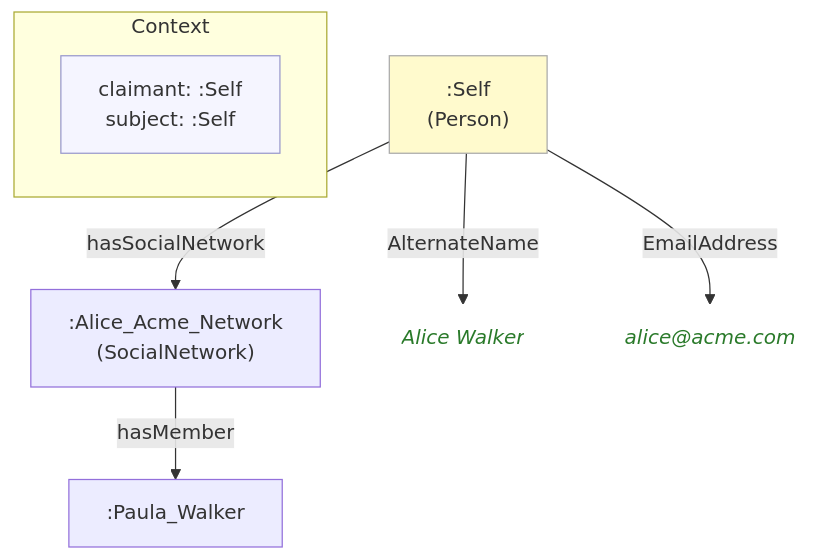
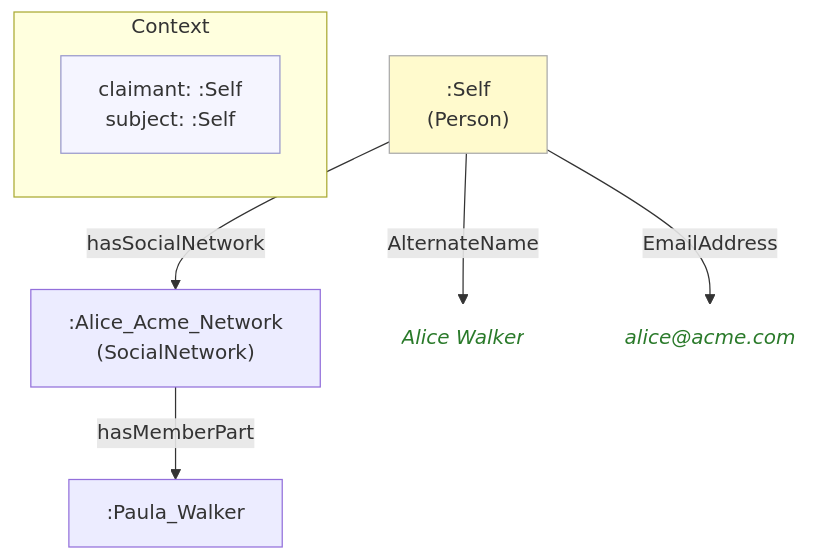
The diagram in example/contexts/images/self.self(paula-walker)(acme)(20).mmd (MeeFoundation/mia-ontologies), drawn with Mermaid before and after one commit. The commit also changed 331 other files, not shown here.

```diff
--- a/example/contexts/images/self.self(paula-walker)(acme)(20).mmd
+++ b/example/contexts/images/self.self(paula-walker)(acme)(20).mmd
@@ -1,22 +1,22 @@
 flowchart TD
     classDef person fill:#fffacd,stroke:#aaa,color:#333
     classDef grp    fill:#d4edda,stroke:#aaa,color:#333
     classDef org    fill:#cce5ff,stroke:#aaa,color:#333
     classDef lit    fill:none,stroke:none,font-style:italic,color:#2a7a2a
     classDef meta   fill:#f5f5ff,stroke:#9999cc,color:#333
 
     subgraph ctx["Context"]
         direction LR
         ctx_meta["claimant: :Self\nsubject: :Self"]:::meta
     end
 
     n2ed3865285b0[":Alice_Acme_Network\n(SocialNetwork)"]
     nb654756d5ced[":Paula_Walker"]
     ne0c3ba92f1db[":Self\n(Person)"]:::person
-    n406d5998a85d("Alice Walker"):::lit
-    n6771210bedb1("alice@acme.com"):::lit
+    n480a6963b0fa("Alice Walker"):::lit
+    nc88cd87b556c("alice@acme.com"):::lit
 
-    n2ed3865285b0 -->|"hasMember"| nb654756d5ced
-    ne0c3ba92f1db -->|"AlternateName"| n406d5998a85d
-    ne0c3ba92f1db -->|"EmailAddress"| n6771210bedb1
+    n2ed3865285b0 -->|"hasMemberPart"| nb654756d5ced
+    ne0c3ba92f1db -->|"AlternateName"| n480a6963b0fa
+    ne0c3ba92f1db -->|"EmailAddress"| nc88cd87b556c
     ne0c3ba92f1db -->|"hasSocialNetwork"| n2ed3865285b0
```
